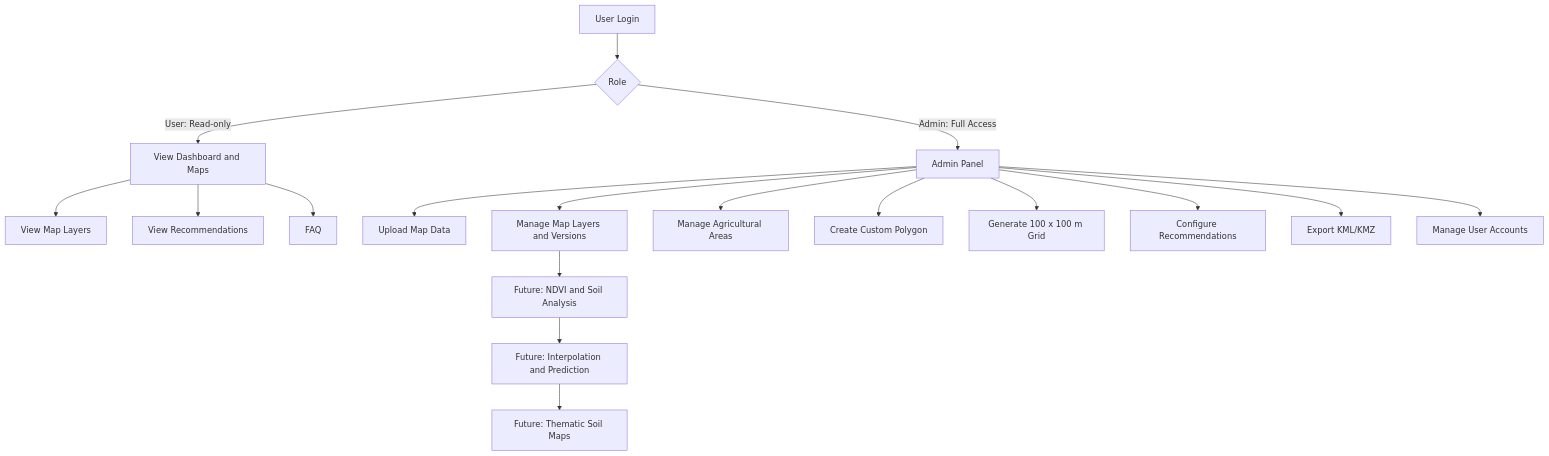
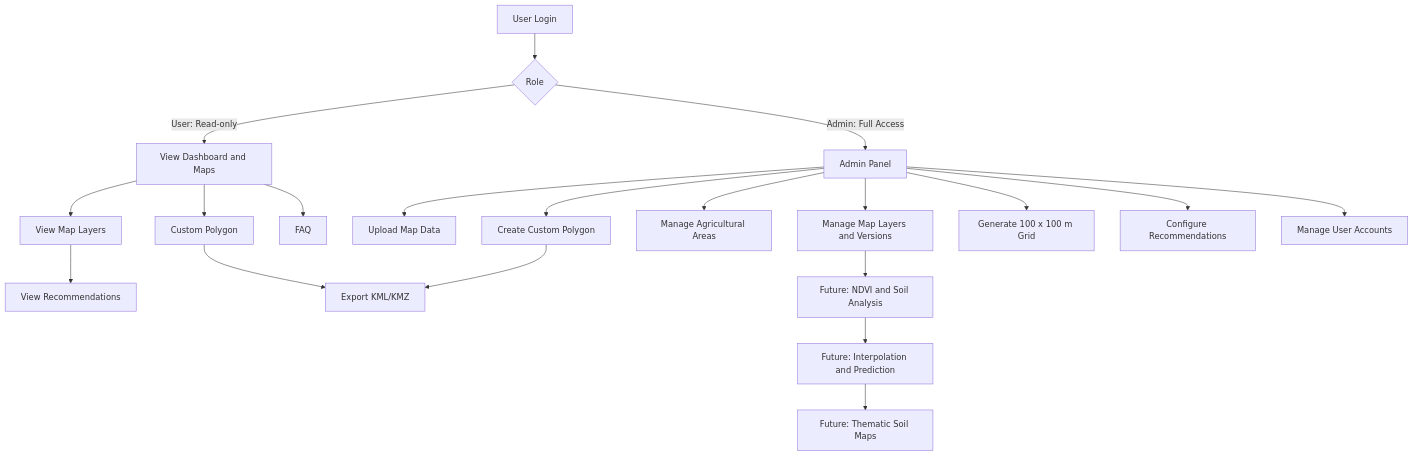
Before and after one commit to dzakyradithyaa/simponitp: the diagram in README.md, drawn with Mermaid. The commit also changed other lines of this file, not shown here.

Commit message:
docs: revise map access flow

````diff
--- a/README.md
+++ b/README.md
@@ -19,23 +19,25 @@
 ```mermaid
 flowchart TD
     A[User Login] --> B{Role}
     B -->|User: Read-only| C[View Dashboard and Maps]
     B -->|Admin: Full Access| D[Admin Panel]
 
     C --> E[View Map Layers]
-    C --> F[View Recommendations]
-    C --> G[FAQ]
+    E --> F[View Recommendations]
+    C --> G[Custom Polygon]
+    G --> H[Export KML/KMZ]
+    C --> I[FAQ]
 
-    D --> H[Upload Map Data]
-    D --> I[Manage Map Layers and Versions]
-    D --> J[Manage Agricultural Areas]
-    D --> K[Create Custom Polygon]
-    D --> L[Generate 100 x 100 m Grid]
-    D --> M[Configure Recommendations]
-    D --> N[Export KML/KMZ]
-    D --> O[Manage User Accounts]
+    D --> J[Upload Map Data]
+    D --> K[Manage Map Layers and Versions]
+    D --> L[Manage Agricultural Areas]
+    D --> M[Create Custom Polygon]
+    M --> H
+    D --> N[Generate 100 x 100 m Grid]
+    D --> O[Configure Recommendations]
+    D --> P[Manage User Accounts]
 
-    I --> P[Future: NDVI and Soil Analysis]
-    P --> Q[Future: Interpolation and Prediction]
-    Q --> R[Future: Thematic Soil Maps]
+    K --> Q[Future: NDVI and Soil Analysis]
+    Q --> R[Future: Interpolation and Prediction]
+    R --> S[Future: Thematic Soil Maps]
 ```
````
